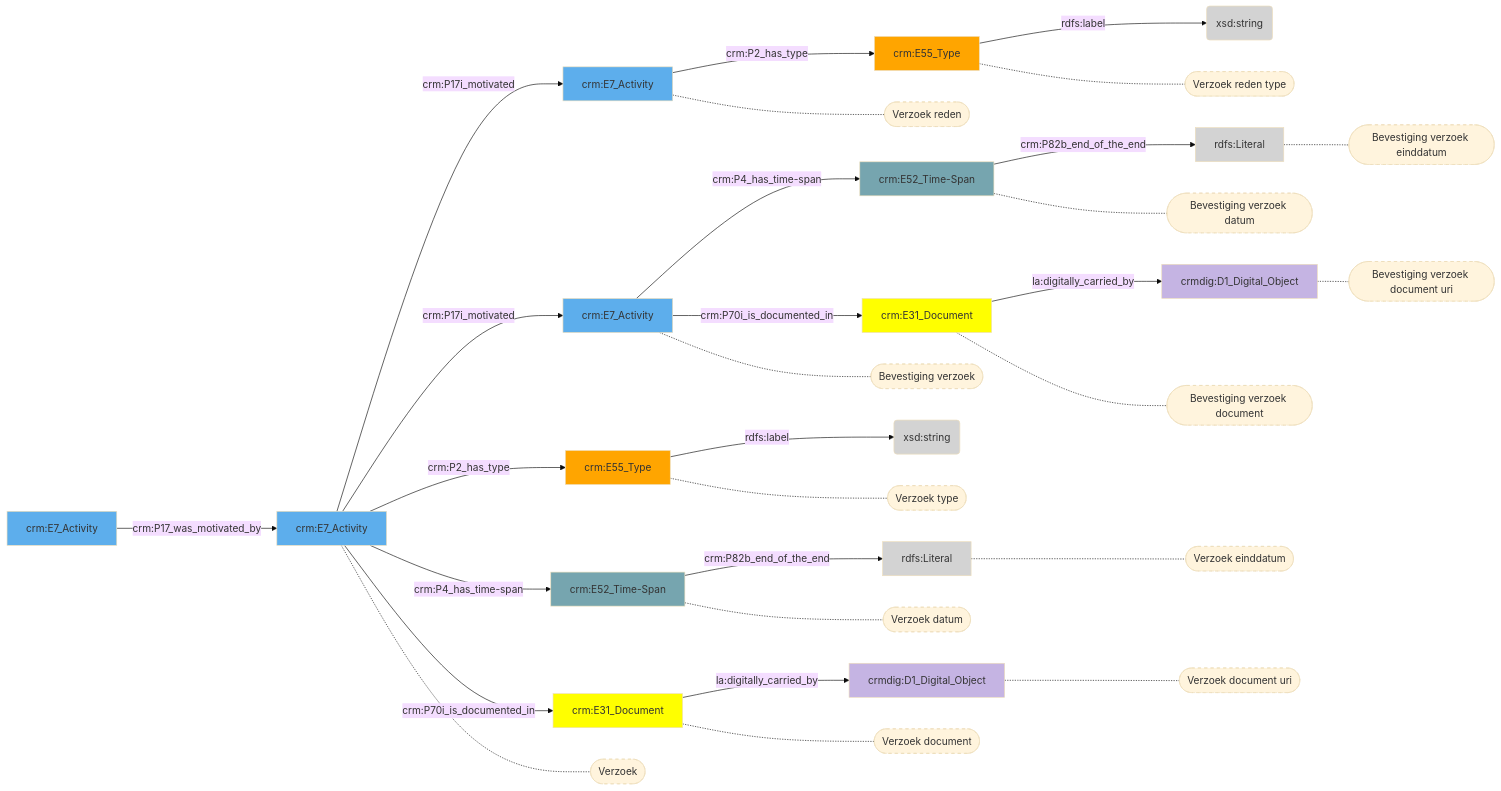
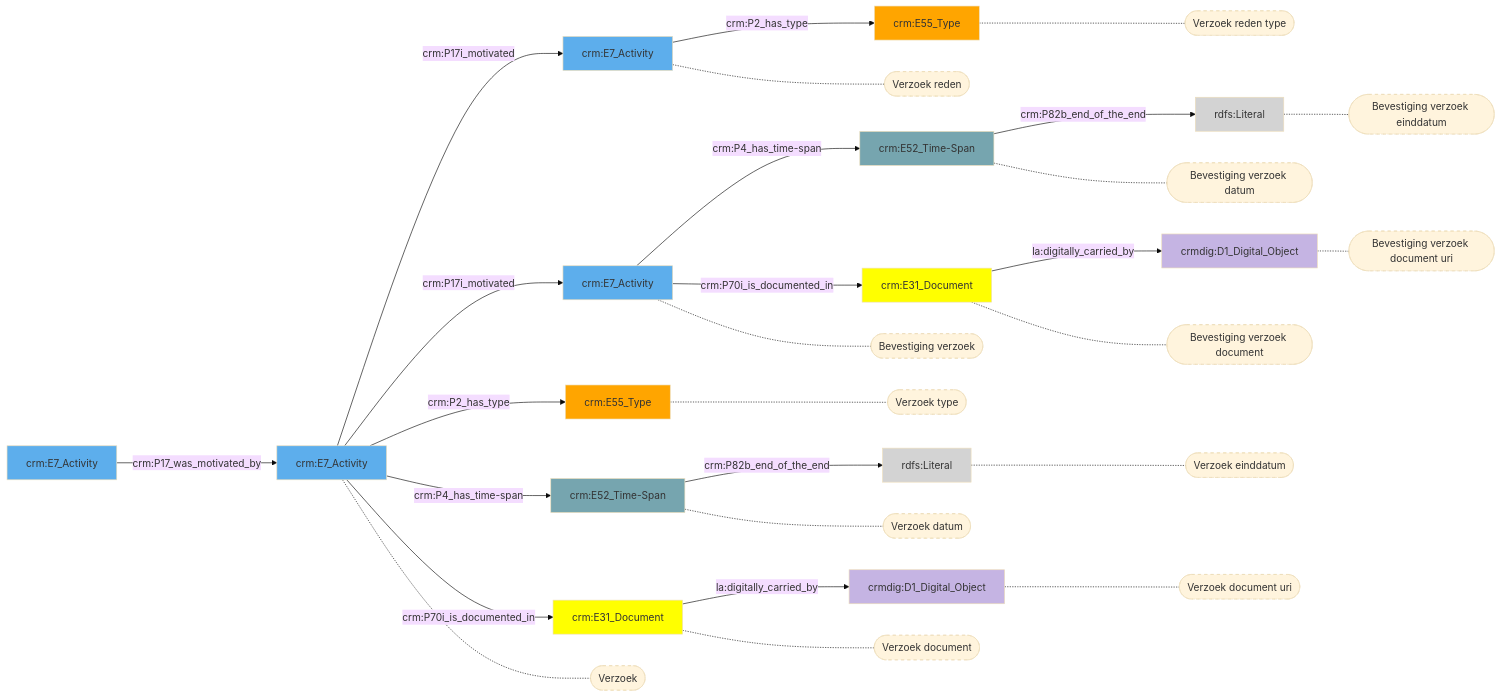
One commit to digipolisantwerpdocumentation/antwerp-cultureel-erfgoed changed the diagram in docs/content/modellen/LoanIn/Verzoek.md. Above: the diagram before and after it, drawn with Mermaid (base theme). The commit also changed 170 other files, not shown here.

````diff
--- a/docs/content/modellen/LoanIn/Verzoek.md
+++ b/docs/content/modellen/LoanIn/Verzoek.md
@@ -1,60 +1,56 @@
 ```mermaid
 graph LR
-0de21125-edcd-11ee-b6ec-960002548b4f["crm:E55_Type"]-->|"rdfs:label"|20dd0329-edcd-11ee-ac47-960002548b4f(xsd:string)
+style 0de21125-edcd-11ee-b6ec-960002548b4f fill:#ffa500
+style 23bbf2df-d7c5-11ee-87c7-960002548b4f fill:#5DAEEC
+style 3c375b91-d7c9-11ee-a9fb-960002548b4f fill:#76A5AF
+style 3cad9490-d7c7-11ee-a3a3-960002548b4f fill:#5DAEEC
+style 49c05ec7-d7c9-11ee-84bc-960002548b4f fill:#D3D3D3
+style 63567555-cc10-11ee-9937-960002548b4f fill:#5DAEEC
+style 65619c80-d7c7-11ee-9af0-960002548b4f fill:#ffff00
+style 67bf14f7-d7c6-11ee-a3d7-960002548b4f fill:#ffa500
+style 6b8b4891-d7c9-11ee-bc58-960002548b4f fill:#ffff00
+style 7ad9f97f-d7c9-11ee-8f23-960002548b4f fill:#C5B4E3
+style 8c64e97c-d7c7-11ee-856b-960002548b4f fill:#C5B4E3
+style c585cc26-cc05-11ee-876f-960002548b4f fill:#5DAEEC
+style e2fd7e6f-d7c7-11ee-8e64-960002548b4f fill:#76A5AF
+style f2564375-d7c7-11ee-ba30-960002548b4f fill:#D3D3D3
 3c375b91-d7c9-11ee-a9fb-960002548b4f["crm:E52_Time-Span"]-->|"crm:P82b_end_of_the_end"|49c05ec7-d7c9-11ee-84bc-960002548b4f(rdfs:Literal)
-67bf14f7-d7c6-11ee-a3d7-960002548b4f["crm:E55_Type"]-->|"rdfs:label"|7b548bc1-d7c6-11ee-8db6-960002548b4f(xsd:string)
 e2fd7e6f-d7c7-11ee-8e64-960002548b4f["crm:E52_Time-Span"]-->|"crm:P82b_end_of_the_end"|f2564375-d7c7-11ee-ba30-960002548b4f(rdfs:Literal)
 23bbf2df-d7c5-11ee-87c7-960002548b4f["crm:E7_Activity"]-->|"crm:P2_has_type"|67bf14f7-d7c6-11ee-a3d7-960002548b4f["crm:E55_Type"]
 3cad9490-d7c7-11ee-a3a3-960002548b4f["crm:E7_Activity"]-->|"crm:P4_has_time-span"|e2fd7e6f-d7c7-11ee-8e64-960002548b4f["crm:E52_Time-Span"]
 3cad9490-d7c7-11ee-a3a3-960002548b4f["crm:E7_Activity"]-->|"crm:P70i_is_documented_in"|65619c80-d7c7-11ee-9af0-960002548b4f["crm:E31_Document"]
 63567555-cc10-11ee-9937-960002548b4f["crm:E7_Activity"]-->|"crm:P17i_motivated"|23bbf2df-d7c5-11ee-87c7-960002548b4f["crm:E7_Activity"]
 63567555-cc10-11ee-9937-960002548b4f["crm:E7_Activity"]-->|"crm:P17i_motivated"|3cad9490-d7c7-11ee-a3a3-960002548b4f["crm:E7_Activity"]
 63567555-cc10-11ee-9937-960002548b4f["crm:E7_Activity"]-->|"crm:P2_has_type"|0de21125-edcd-11ee-b6ec-960002548b4f["crm:E55_Type"]
 63567555-cc10-11ee-9937-960002548b4f["crm:E7_Activity"]-->|"crm:P4_has_time-span"|3c375b91-d7c9-11ee-a9fb-960002548b4f["crm:E52_Time-Span"]
 63567555-cc10-11ee-9937-960002548b4f["crm:E7_Activity"]-->|"crm:P70i_is_documented_in"|6b8b4891-d7c9-11ee-bc58-960002548b4f["crm:E31_Document"]
 65619c80-d7c7-11ee-9af0-960002548b4f["crm:E31_Document"]-->|"la:digitally_carried_by"|8c64e97c-d7c7-11ee-856b-960002548b4f["crmdig:D1_Digital_Object"]
 6b8b4891-d7c9-11ee-bc58-960002548b4f["crm:E31_Document"]-->|"la:digitally_carried_by"|7ad9f97f-d7c9-11ee-8f23-960002548b4f["crmdig:D1_Digital_Object"]
 c585cc26-cc05-11ee-876f-960002548b4f["crm:E7_Activity"]-->|"crm:P17_was_motivated_by"|63567555-cc10-11ee-9937-960002548b4f["crm:E7_Activity"]
+style 67bf14f7-d7c6-11ee-a3d7-960002548b4f_s stroke-dasharray: 5
+style 49c05ec7-d7c9-11ee-84bc-960002548b4f_s stroke-dasharray: 5
+style e2fd7e6f-d7c7-11ee-8e64-960002548b4f_s stroke-dasharray: 5
+style 65619c80-d7c7-11ee-9af0-960002548b4f_s stroke-dasharray: 5
+style 23bbf2df-d7c5-11ee-87c7-960002548b4f_s stroke-dasharray: 5
+style 3cad9490-d7c7-11ee-a3a3-960002548b4f_s stroke-dasharray: 5
+style 0de21125-edcd-11ee-b6ec-960002548b4f_s stroke-dasharray: 5
+style 3c375b91-d7c9-11ee-a9fb-960002548b4f_s stroke-dasharray: 5
+style 6b8b4891-d7c9-11ee-bc58-960002548b4f_s stroke-dasharray: 5
+style 8c64e97c-d7c7-11ee-856b-960002548b4f_s stroke-dasharray: 5
+style 7ad9f97f-d7c9-11ee-8f23-960002548b4f_s stroke-dasharray: 5
+style 63567555-cc10-11ee-9937-960002548b4f_s stroke-dasharray: 5
+style f2564375-d7c7-11ee-ba30-960002548b4f_s stroke-dasharray: 5
 67bf14f7-d7c6-11ee-a3d7-960002548b4f["crm:E55_Type"]-.-67bf14f7-d7c6-11ee-a3d7-960002548b4f_s(["Verzoek reden type"])
 49c05ec7-d7c9-11ee-84bc-960002548b4f["rdfs:Literal"]-.-49c05ec7-d7c9-11ee-84bc-960002548b4f_s(["Verzoek einddatum"])
 e2fd7e6f-d7c7-11ee-8e64-960002548b4f["crm:E52_Time-Span"]-.-e2fd7e6f-d7c7-11ee-8e64-960002548b4f_s(["Bevestiging verzoek datum"])
 65619c80-d7c7-11ee-9af0-960002548b4f["crm:E31_Document"]-.-65619c80-d7c7-11ee-9af0-960002548b4f_s(["Bevestiging verzoek document"])
 23bbf2df-d7c5-11ee-87c7-960002548b4f["crm:E7_Activity"]-.-23bbf2df-d7c5-11ee-87c7-960002548b4f_s(["Verzoek reden"])
 3cad9490-d7c7-11ee-a3a3-960002548b4f["crm:E7_Activity"]-.-3cad9490-d7c7-11ee-a3a3-960002548b4f_s(["Bevestiging verzoek"])
 0de21125-edcd-11ee-b6ec-960002548b4f["crm:E55_Type"]-.-0de21125-edcd-11ee-b6ec-960002548b4f_s(["Verzoek type"])
 3c375b91-d7c9-11ee-a9fb-960002548b4f["crm:E52_Time-Span"]-.-3c375b91-d7c9-11ee-a9fb-960002548b4f_s(["Verzoek datum"])
 6b8b4891-d7c9-11ee-bc58-960002548b4f["crm:E31_Document"]-.-6b8b4891-d7c9-11ee-bc58-960002548b4f_s(["Verzoek document"])
 8c64e97c-d7c7-11ee-856b-960002548b4f["crmdig:D1_Digital_Object"]-.-8c64e97c-d7c7-11ee-856b-960002548b4f_s(["Bevestiging verzoek document uri"])
 7ad9f97f-d7c9-11ee-8f23-960002548b4f["crmdig:D1_Digital_Object"]-.-7ad9f97f-d7c9-11ee-8f23-960002548b4f_s(["Verzoek document uri"])
 63567555-cc10-11ee-9937-960002548b4f["crm:E7_Activity"]-.-63567555-cc10-11ee-9937-960002548b4f_s(["Verzoek"])
 f2564375-d7c7-11ee-ba30-960002548b4f["rdfs:Literal"]-.-f2564375-d7c7-11ee-ba30-960002548b4f_s(["Bevestiging verzoek einddatum"])
-style 67bf14f7-d7c6-11ee-a3d7-960002548b4f_s stroke-dasharray: 5
-style 49c05ec7-d7c9-11ee-84bc-960002548b4f_s stroke-dasharray: 5
-style e2fd7e6f-d7c7-11ee-8e64-960002548b4f_s stroke-dasharray: 5
-style 65619c80-d7c7-11ee-9af0-960002548b4f_s stroke-dasharray: 5
-style 23bbf2df-d7c5-11ee-87c7-960002548b4f_s stroke-dasharray: 5
-style 3cad9490-d7c7-11ee-a3a3-960002548b4f_s stroke-dasharray: 5
-style 0de21125-edcd-11ee-b6ec-960002548b4f_s stroke-dasharray: 5
-style 3c375b91-d7c9-11ee-a9fb-960002548b4f_s stroke-dasharray: 5
-style 6b8b4891-d7c9-11ee-bc58-960002548b4f_s stroke-dasharray: 5
-style 8c64e97c-d7c7-11ee-856b-960002548b4f_s stroke-dasharray: 5
-style 7ad9f97f-d7c9-11ee-8f23-960002548b4f_s stroke-dasharray: 5
-style 63567555-cc10-11ee-9937-960002548b4f_s stroke-dasharray: 5
-style f2564375-d7c7-11ee-ba30-960002548b4f_s stroke-dasharray: 5
-style 0de21125-edcd-11ee-b6ec-960002548b4f fill:#ffa500
-style 20dd0329-edcd-11ee-ac47-960002548b4f fill:#D3D3D3
-style 23bbf2df-d7c5-11ee-87c7-960002548b4f fill:#5DAEEC
-style 3c375b91-d7c9-11ee-a9fb-960002548b4f fill:#76A5AF
-style 3cad9490-d7c7-11ee-a3a3-960002548b4f fill:#5DAEEC
-style 49c05ec7-d7c9-11ee-84bc-960002548b4f fill:#D3D3D3
-style 63567555-cc10-11ee-9937-960002548b4f fill:#5DAEEC
-style 65619c80-d7c7-11ee-9af0-960002548b4f fill:#ffff00
-style 67bf14f7-d7c6-11ee-a3d7-960002548b4f fill:#ffa500
-style 6b8b4891-d7c9-11ee-bc58-960002548b4f fill:#ffff00
-style 7ad9f97f-d7c9-11ee-8f23-960002548b4f fill:#C5B4E3
-style 7b548bc1-d7c6-11ee-8db6-960002548b4f fill:#D3D3D3
-style 8c64e97c-d7c7-11ee-856b-960002548b4f fill:#C5B4E3
-style c585cc26-cc05-11ee-876f-960002548b4f fill:#5DAEEC
-style e2fd7e6f-d7c7-11ee-8e64-960002548b4f fill:#76A5AF
-style f2564375-d7c7-11ee-ba30-960002548b4f fill:#D3D3D3
 ```
````
